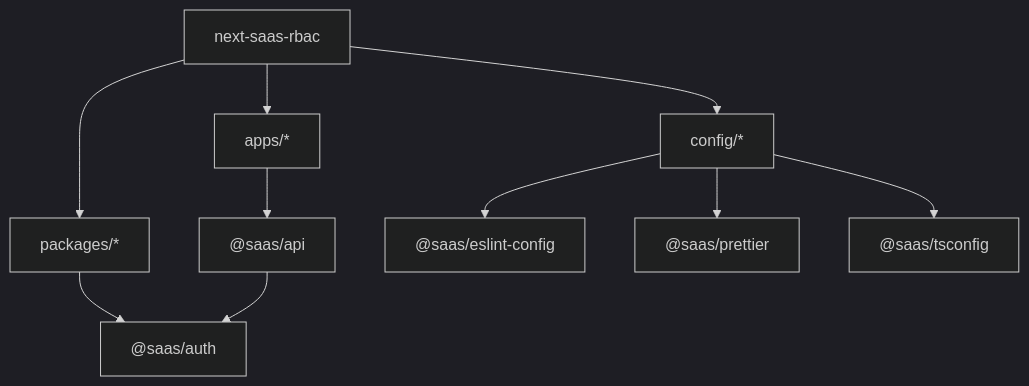
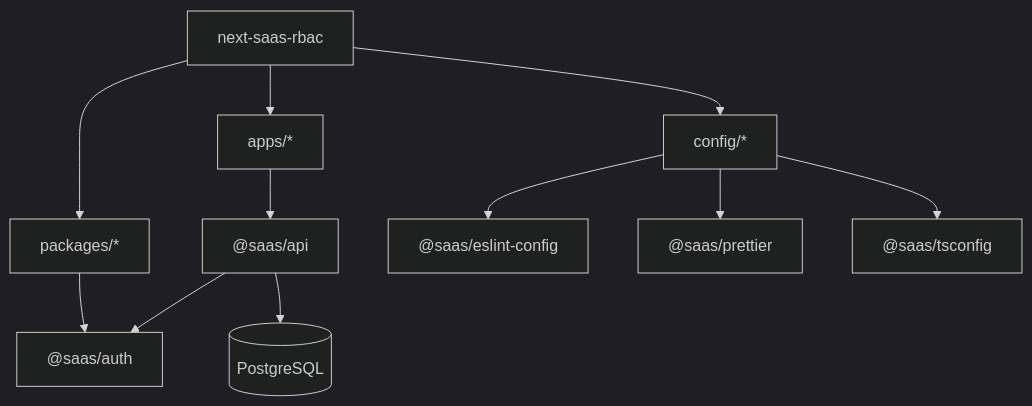
The diagram in README.md (lucas62/next-saas-rbac), drawn with Mermaid (dark theme) before and after one commit. The commit also changed other lines of this file, not shown here.

First line of the commit message:
Update README to include PostgreSQL and Prisma setup instructions

````diff
--- a/README.md
+++ b/README.md
@@ -57,13 +95,14 @@
 ```mermaid
 flowchart TB
   root[next-saas-rbac]
   root --> apps[apps/*]
   root --> packages[packages/*]
   root --> config[config/*]
   apps --> api["@saas/api"]
   packages --> auth["@saas/auth"]
   api --> auth
+  api --> db[(PostgreSQL)]
   config --> eslint["@saas/eslint-config"]
   config --> prettier["@saas/prettier"]
   config --> tsconfig["@saas/tsconfig"]
 ```
````
